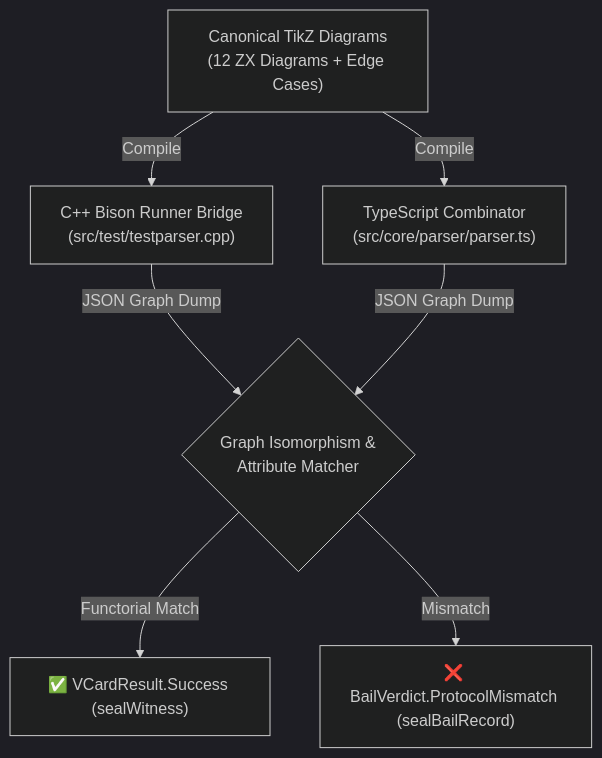
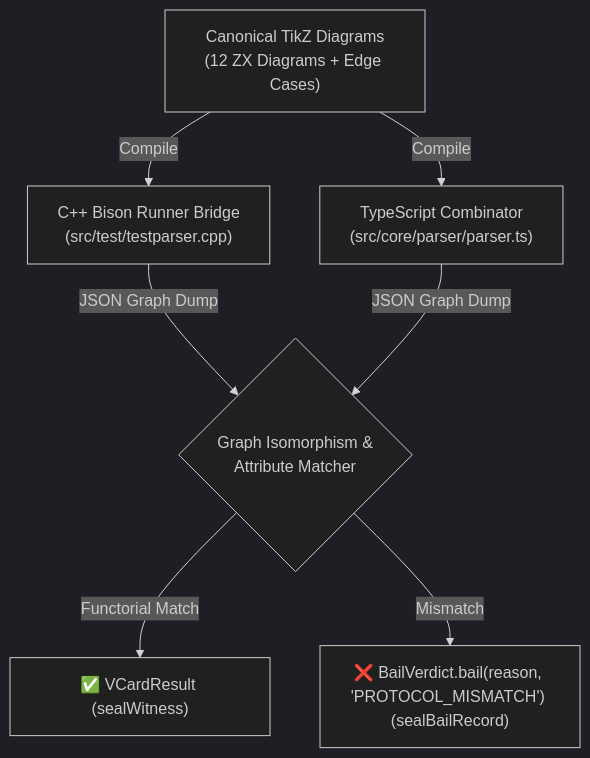
The diagram in docs/sprints/_active/SPRINT-24-PARSER-COMBINATOR-AND-PROTOCOL-CONFORMANCE.md (xlp0/tikzit), drawn with Mermaid (dark theme) before and after one commit. The commit also changed other lines of this file and 10 other files, not shown here.

````diff
--- a/docs/sprints/_active/SPRINT-24-PARSER-COMBINATOR-AND-PROTOCOL-CONFORMANCE.md
+++ b/docs/sprints/_active/SPRINT-24-PARSER-COMBINATOR-AND-PROTOCOL-CONFORMANCE.md
@@ -79,13 +86,13 @@
 ```mermaid
 graph TD
     Test_Corpus["Canonical TikZ Diagrams<br/>(12 ZX Diagrams + Edge Cases)"]
     
     Test_Corpus -->|Compile| Cpp_Runner["C++ Bison Runner Bridge<br/>(src/test/testparser.cpp)"]
     Test_Corpus -->|Compile| TS_Runner["TypeScript Combinator<br/>(src/core/parser/parser.ts)"]
     
     Cpp_Runner -->|JSON Graph Dump| Comparator{"Graph Isomorphism &<br/>Attribute Matcher"}
     TS_Runner -->|JSON Graph Dump| Comparator
     
-    Comparator -->|Functorial Match| Pass["✅ VCardResult.Success (sealWitness)"]
-    Comparator -->|Mismatch| Fail["❌ BailVerdict.ProtocolMismatch (sealBailRecord)"]
+    Comparator -->|Functorial Match| Pass["✅ VCardResult (sealWitness)"]
+    Comparator -->|Mismatch| Fail["❌ BailVerdict.bail(reason, 'PROTOCOL_MISMATCH') (sealBailRecord)"]
 ```
````
